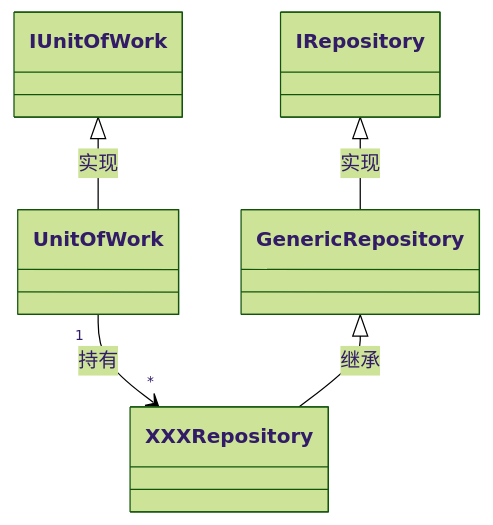
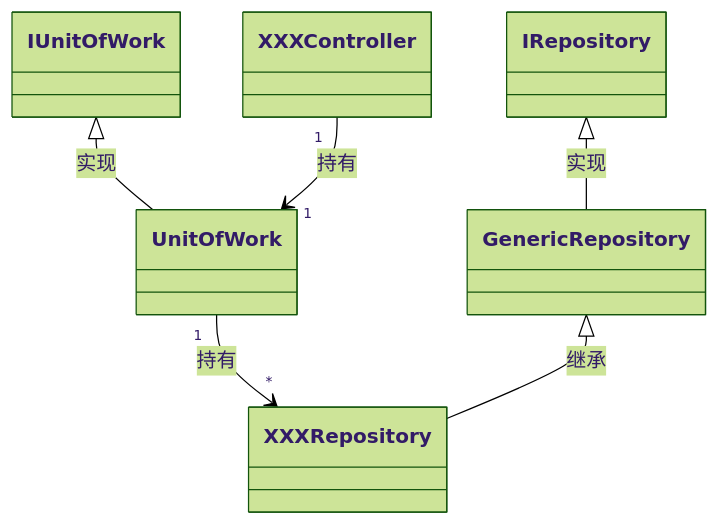
Before and after one commit to eddyzhang1986/ArchitectureSorting: the first of 5 diagrams in 常见架构风格&模式以及关键代码整理.md, drawn with Mermaid (forest theme).

Commit message:
持有

````diff
--- a/常见架构风格&模式以及关键代码整理.md
+++ b/常见架构风格&模式以及关键代码整理.md
@@ -101,7 +101,8 @@
 		```mermaid
 		classDiagram
 			IUnitOfWork <|-- UnitOfWork : 实现
 			UnitOfWork "1" --> "*" XXXRepository : 持有
 			IRepository <|-- GenericRepository : 实现
 			GenericRepository <|-- XXXRepository : 继承
+			XXXController "1" --> "1" UnitOfWork : 持有
 		```
````
